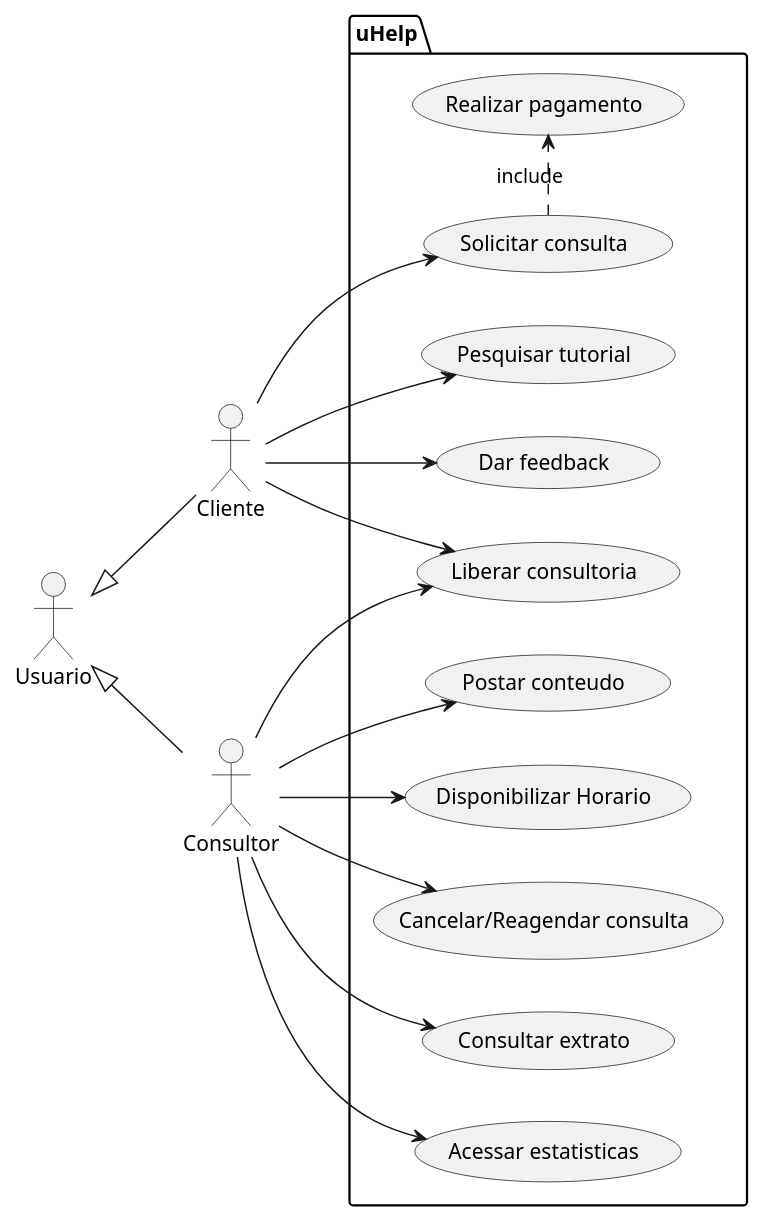
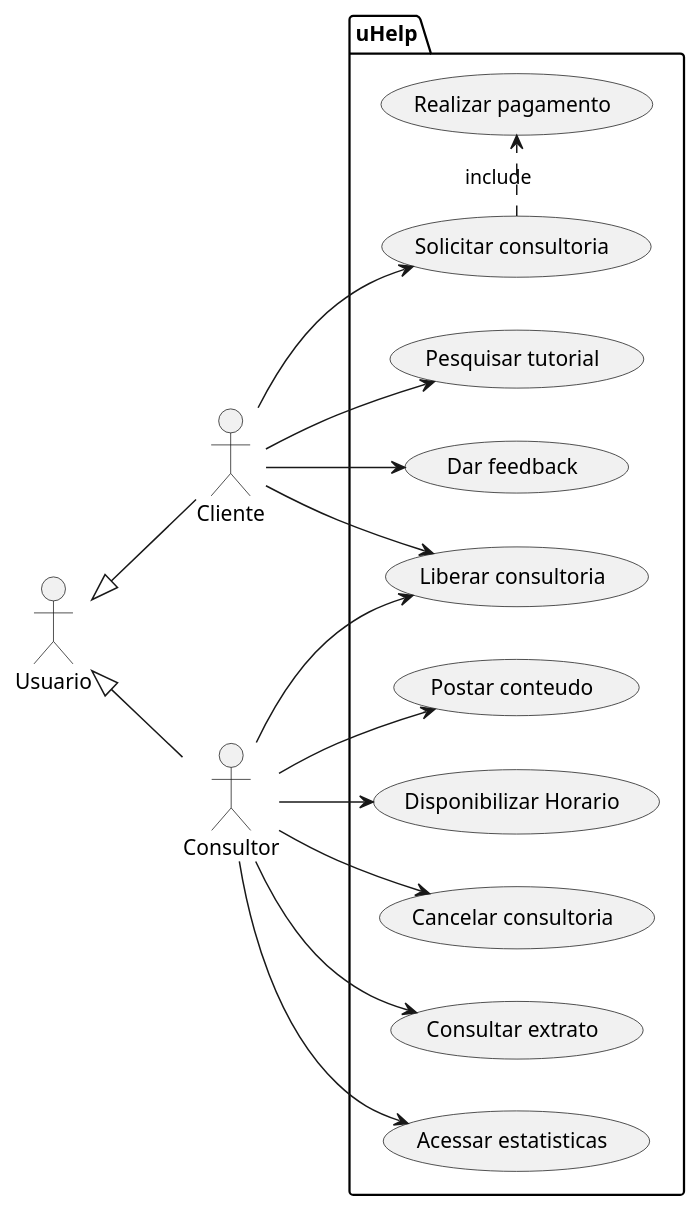
Before and after one commit to camycamyha/projetoEngSoftware: the diagram in docs/usecase.puml, drawn with PlantUML. The commit also changed 16 other files, not shown here.

```diff
--- a/docs/usecase.puml
+++ b/docs/usecase.puml
@@ -1,61 +1,61 @@
 @startuml "use-cases"
 
 left to right direction
 
 actor :Usuario: as Usuario
 
 actor :Cliente: as cli
 
 actor :Consultor: as con
 
 Usuario <|-- cli
 
 Usuario <|-- con
 
 package uHelp {
 
-    usecase "Solicitar consulta" as uc1 
+    usecase "Solicitar consultoria" as uc1 
 
     usecase "Pesquisar tutorial" as uc2
 
     usecase "Dar feedback" as uc3
 
     usecase "Realizar pagamento" as uc4
 
     usecase "Liberar consultoria" as uc5
 
     usecase "Postar conteudo" as uc6
 
     usecase "Disponibilizar Horario" as uc7
 
-    usecase "Cancelar/Reagendar consulta" as uc8
+    usecase "Cancelar consultoria" as uc8
 
     usecase "Consultar extrato" as uc9
 
     usecase "Acessar estatisticas" as uc10
 
   }
 
   cli --> uc1
 
   cli --> uc2   
 
   cli --> uc3
 
   (uc1) .> (uc4) : include
 
   cli --> uc5
 
   con --> uc5
 
   con --> uc6
 
   con --> uc7
 
   con --> uc8
 
   con --> uc9
 
   con --> uc10
 
 @enduml
```
